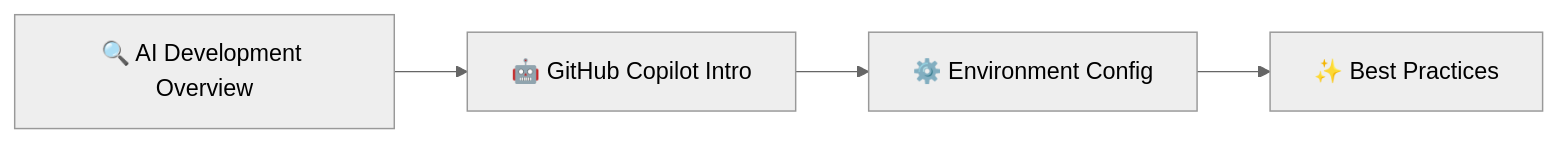
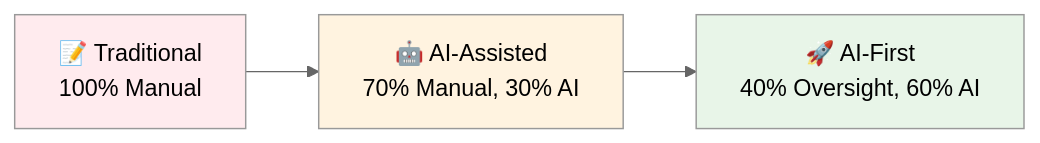
The third of 5 diagrams in docs/complete_workshop_guide.md (paulasilvatech/Code-AI-Dev), drawn with Mermaid (neutral theme) before and after one commit. The commit also changed other lines of this file, not shown here.

Commit message:
Revise Module 2 of the AI-Powered Development Workshop Guide to enhance clarity and structure, incorporating a comprehensive hands-on implementation framework, updated learning paths, and improved resource navigation.

````diff
--- a/docs/complete_workshop_guide.md
+++ b/docs/complete_workshop_guide.md
@@ -64,6 +746,9 @@
 ```mermaid
 graph LR
-    A[🔍 AI Development Overview] --> B[🤖 GitHub Copilot Intro]
-    B --> C[⚙️ Environment Config]
-    C --> D[✨ Best Practices]
+    A[📝 Traditional<br/>100% Manual] --> B[🤖 AI-Assisted<br/>70% Manual, 30% AI]
+    B --> C[🚀 AI-First<br/>40% Oversight, 60% AI]
+    
+    style A fill:#ffebee
+    style B fill:#fff3e0
+    style C fill:#e8f5e8
 ```
````
